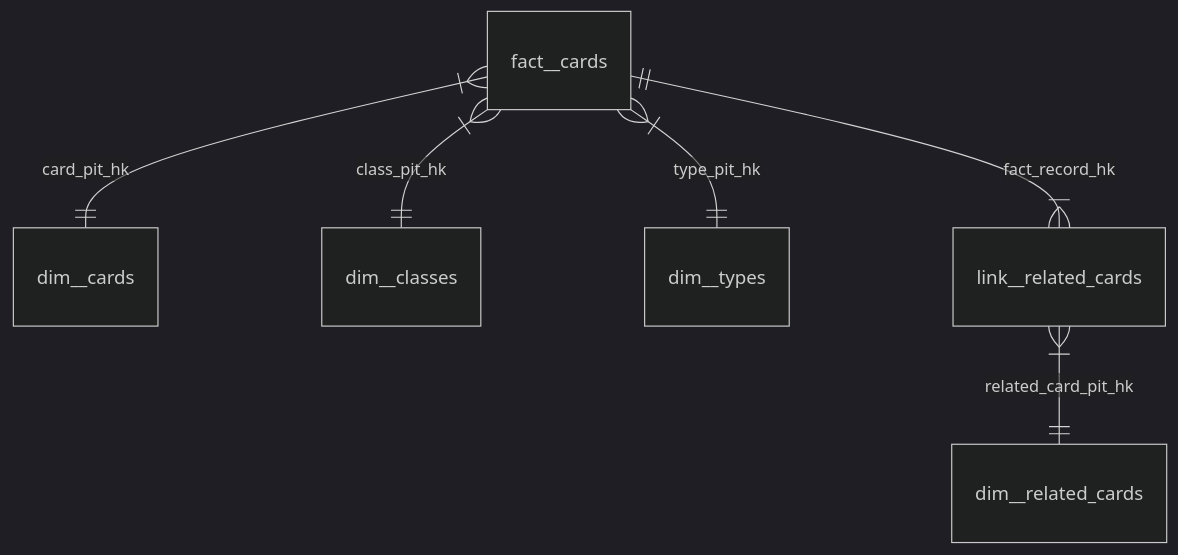
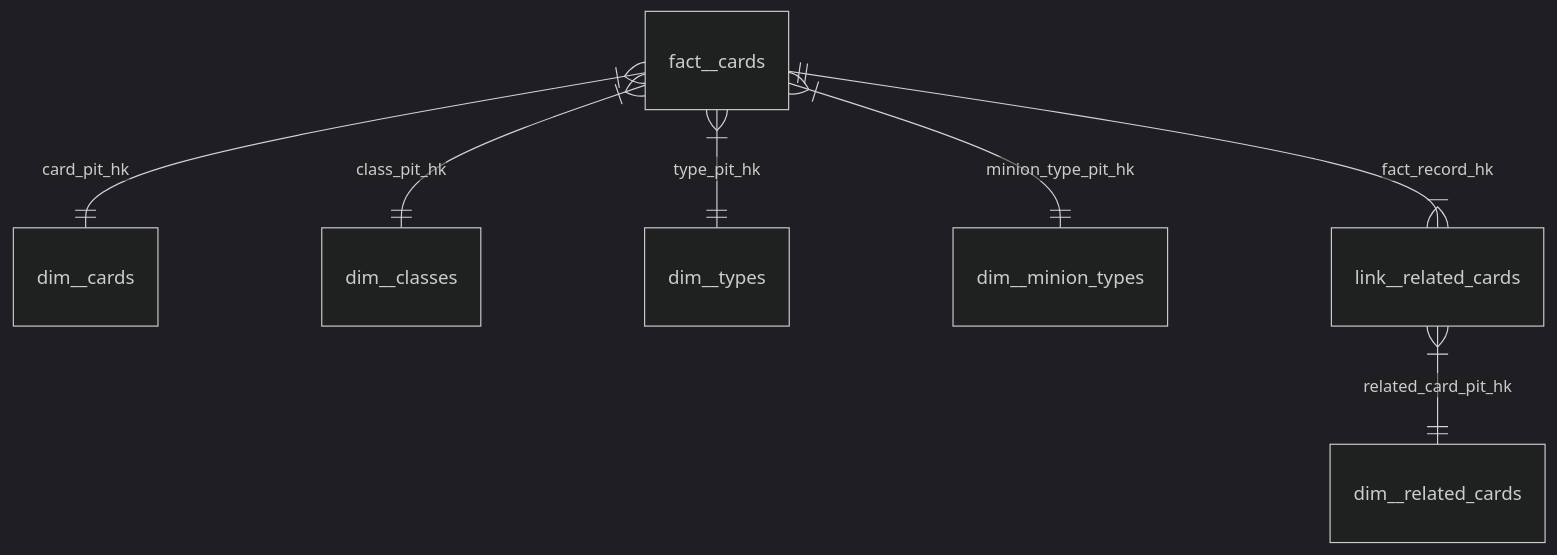
Before and after one commit to mattiasthalen/arcane-insight: the second of 2 diagrams in README.md, drawn with Mermaid (dark theme). The commit also changed 6 other files, not shown here.

Commit message:
Add dim__minion_types

````diff
--- a/README.md
+++ b/README.md
@@ -35,9 +35,10 @@
 ```mermaid
 erDiagram
     fact__cards }|--|| dim__cards: "card_pit_hk"
     fact__cards }|--|| dim__classes: "class_pit_hk"
     fact__cards }|--|| dim__types: "type_pit_hk"
+    fact__cards }|--|| dim__minion_types: "minion_type_pit_hk"
     
     fact__cards ||--|{ link__related_cards: "fact_record_hk"
     link__related_cards }|--|| dim__related_cards: "related_card_pit_hk"
 ```
````
